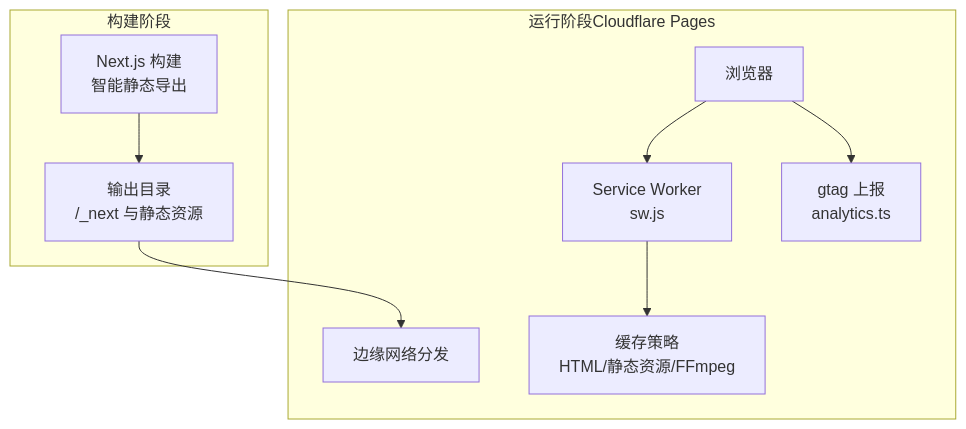
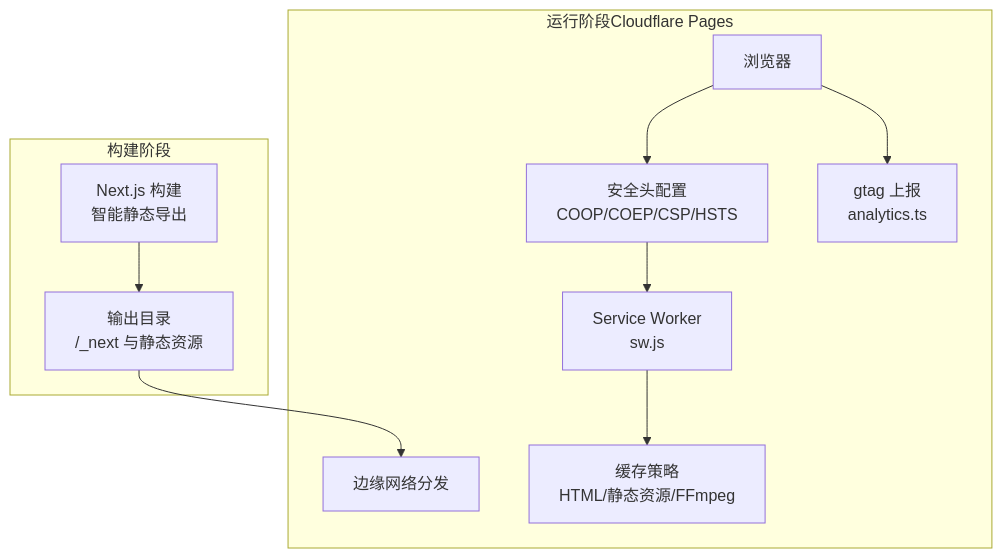
Before and after one commit to sgyy/privadeck: the second of 8 diagrams in .qoder/repowiki/zh/content/部署与维护.md, drawn with Mermaid. The commit also changed other lines of this file and 3 other files, not shown here.

````diff
--- a/.qoder/repowiki/zh/content/部署与维护.md
+++ b/.qoder/repowiki/zh/content/部署与维护.md
@@ -84,12 +99,13 @@
 ```mermaid
 graph TB
 subgraph "构建阶段"
 N["Next.js 构建<br/>智能静态导出"] --> O["输出目录<br/>/_next 与静态资源"]
 end
 subgraph "运行阶段Cloudflare Pages"
 O --> P["边缘网络分发"]
-Q["浏览器"] --> R["Service Worker<br/>sw.js"]
-R --> S["缓存策略<br/>HTML/静态资源/FFmpeg"]
-Q --> T["gtag 上报<br/>analytics.ts"]
+Q["浏览器"] --> R["安全头配置<br/>COOP/COEP/CSP/HSTS"]
+R --> S["Service Worker<br/>sw.js"]
+S --> T["缓存策略<br/>HTML/静态资源/FFmpeg"]
+Q --> U["gtag 上报<br/>analytics.ts"]
 end
 ```
````
